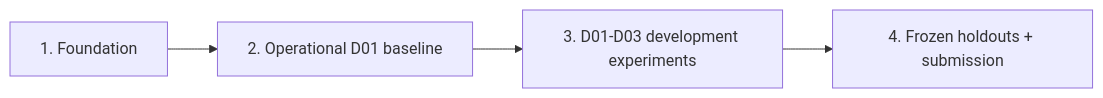
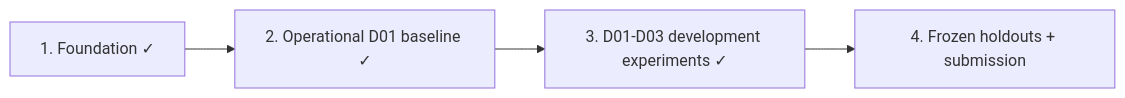
The diagram in PLANS.md (komaksym/weon-assignment), drawn with Mermaid before and after one commit. The commit also changed other lines of this file and 3 other files, not shown here.

````diff
--- a/PLANS.md
+++ b/PLANS.md
@@ -5,6 +5,6 @@
 ```mermaid
 flowchart LR
-    S1[1. Foundation] --> S2[2. Operational D01 baseline]
-    S2 --> S3[3. D01-D03 development experiments]
+    S1[1. Foundation ✓] --> S2[2. Operational D01 baseline ✓]
+    S2 --> S3[3. D01-D03 development experiments ✓]
     S3 --> S4[4. Frozen holdouts + submission]
 ```
````
